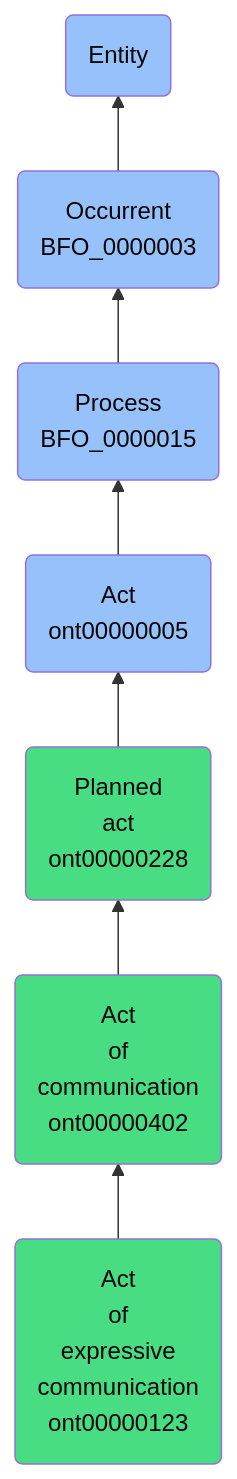
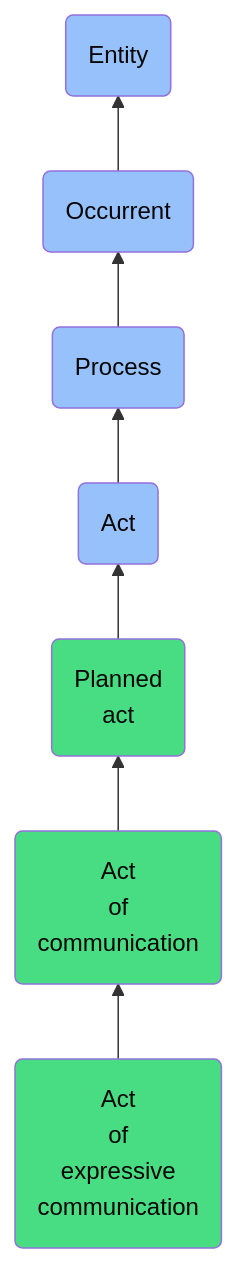
The diagram in docs/ontology/reference/model/Entity/Occurrent/Process/Act/Planned act/Act of communication/Act of expressive communication/Act of expressive communication.md (jupyter-naas/abi), drawn with Mermaid before and after one commit. The commit also changed other lines of this file and 1430 other files, not shown here.

````diff
--- a/docs/ontology/reference/model/Entity/Occurrent/Process/Act/Planned act/Act of communication/Act of expressive communication/Act of expressive communication.md
+++ b/docs/ontology/reference/model/Entity/Occurrent/Process/Act/Planned act/Act of communication/Act of expressive communication/Act of expressive communication.md
@@ -24,14 +24,14 @@
 ```mermaid
 graph BT
-    ont00000123(Act<br>of<br>expressive<br>communication<br>ont00000123):::ABI-->ont00000402
-    ont00000402(Act<br>of<br>communication<br>ont00000402):::ABI-->ont00000228
-    ont00000228(Planned<br>act<br>ont00000228):::ABI-->ont00000005
-    ont00000005(Act<br>ont00000005):::BFO-->BFO_0000015
-    BFO_0000015(Process<br>BFO_0000015):::BFO-->BFO_0000003
-    BFO_0000003(Occurrent<br>BFO_0000003):::BFO-->BFO_0000001
+    ont00000123(Act<br>of<br>expressive<br>communication):::ABI-->ont00000402
+    ont00000402(Act<br>of<br>communication):::ABI-->ont00000228
+    ont00000228(Planned<br>act):::ABI-->ont00000005
+    ont00000005(Act):::BFO-->BFO_0000015
+    BFO_0000015(Process):::BFO-->BFO_0000003
+    BFO_0000003(Occurrent):::BFO-->BFO_0000001
     BFO_0000001(Entity):::BFO
     
     classDef BFO fill:#97c1fb,color:#060606
     classDef CCO fill:#e4c51e,color:#060606
     classDef ABI fill:#48DD82,color:#060606
 ```
````
